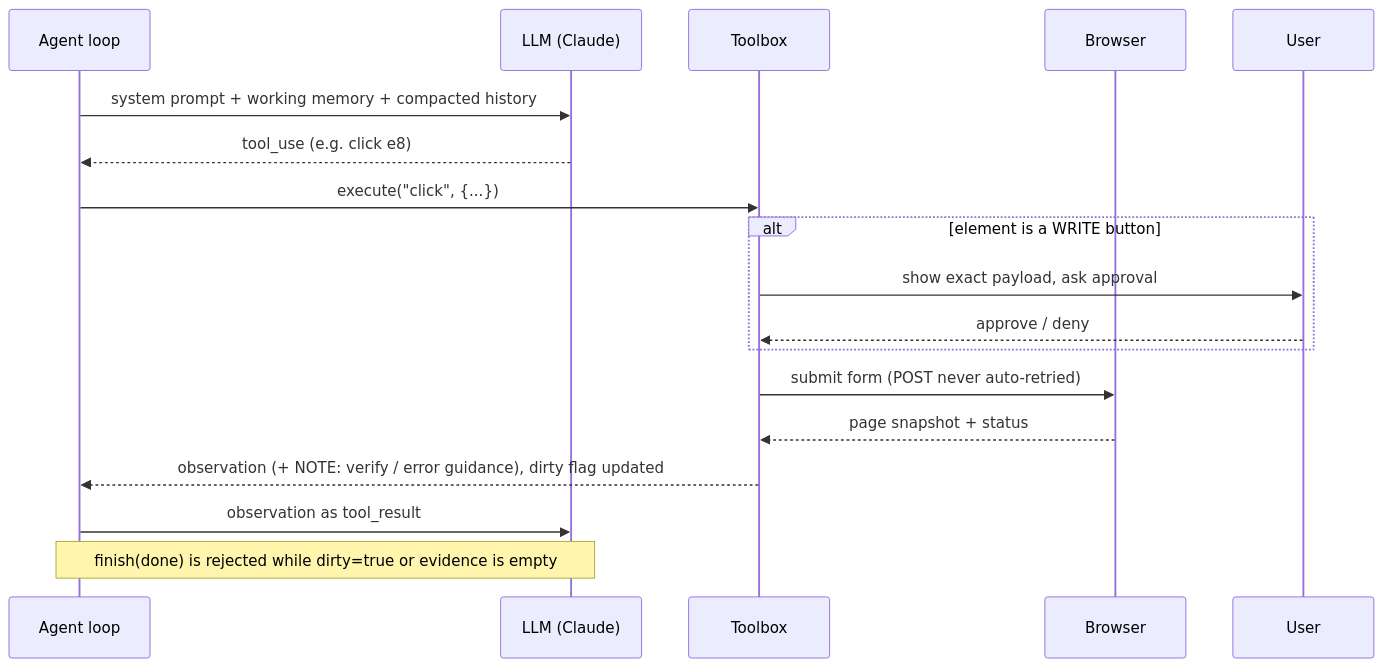
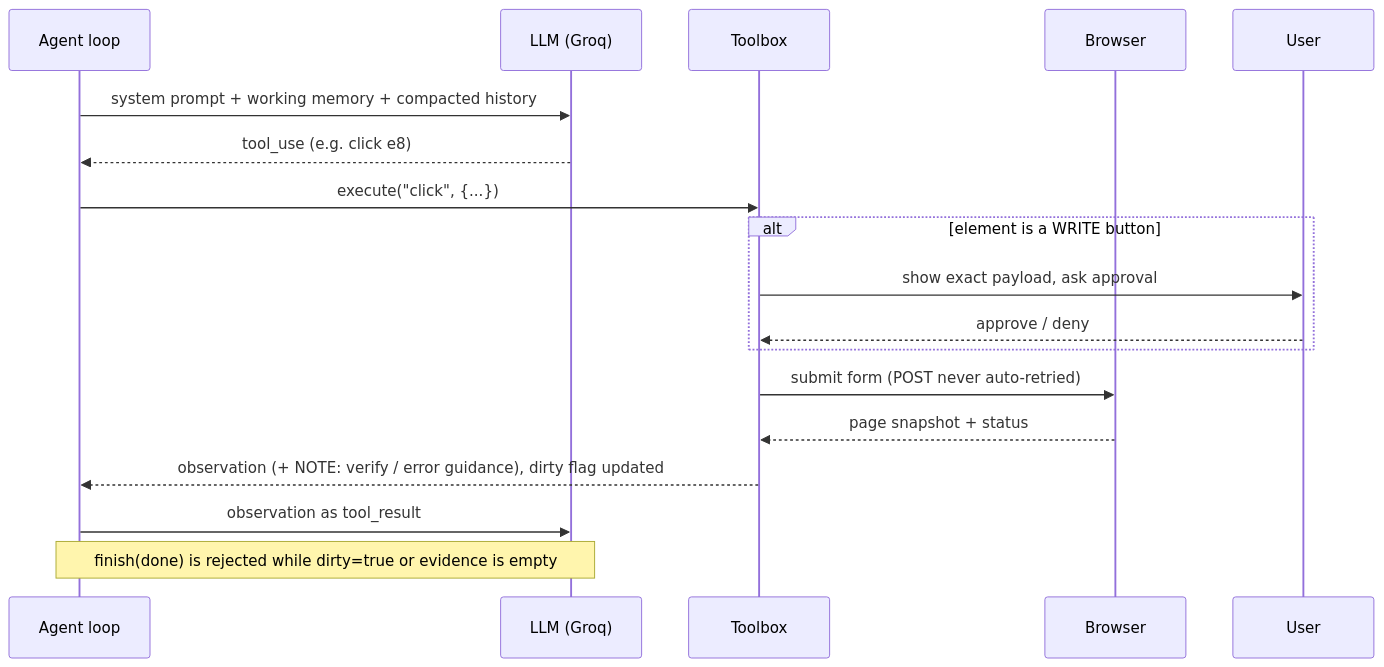
The diagram in docs/ARCHITECTURE.md (tejaswini325/ai-task-worker), drawn with Mermaid before and after one commit. The commit also changed other lines of this file and 9 other files, not shown here.

Commit message:
Switch default LLM to Groq (free tier); keep Anthropic adapter optional; add adapter tests

````diff
--- a/docs/ARCHITECTURE.md
+++ b/docs/ARCHITECTURE.md
@@ -15,20 +15,20 @@
 ```mermaid
 sequenceDiagram
   participant A as Agent loop
-  participant L as LLM (Claude)
+  participant L as LLM (Groq)
   participant T as Toolbox
   participant B as Browser
   participant U as User
   A->>L: system prompt + working memory + compacted history
   L-->>A: tool_use (e.g. click e8)
   A->>T: execute("click", {...})
   alt element is a WRITE button
     T->>U: show exact payload, ask approval
     U-->>T: approve / deny
   end
   T->>B: submit form (POST never auto-retried)
   B-->>T: page snapshot + status
   T-->>A: observation (+ NOTE: verify / error guidance), dirty flag updated
   A->>L: observation as tool_result
   Note over A,L: finish(done) is rejected while dirty=true or evidence is empty
 ```
````
